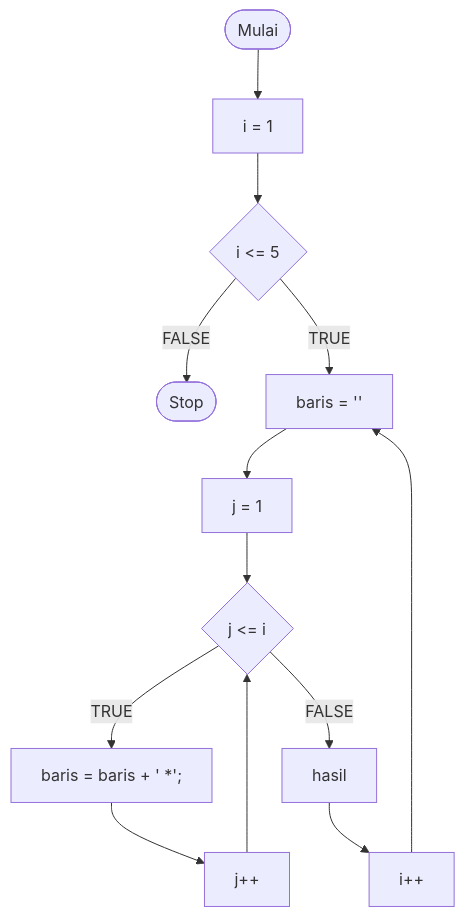
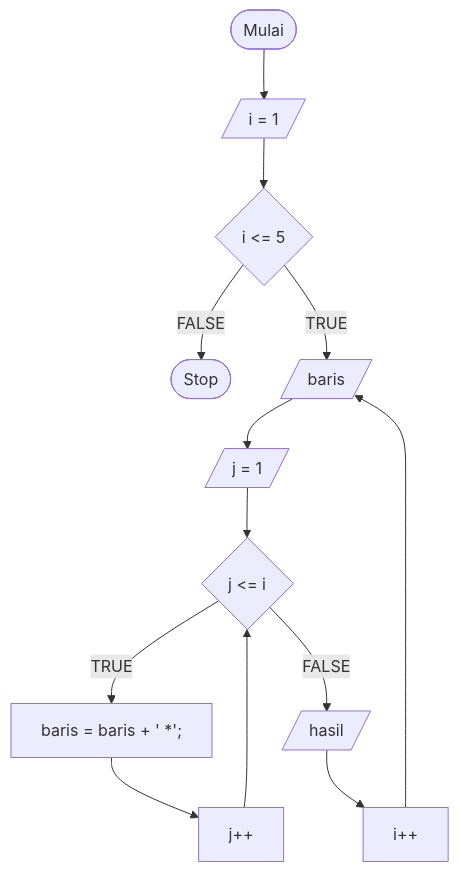
One commit to whyu07/koda-b10-javascript3 changed the second of 2 diagrams in README.md. Above: the diagram before and after it, drawn with Mermaid. The commit also changed other lines of this file, not shown here.

Commit message:
Update flowchart syntax in README.md

````diff
--- a/README.md
+++ b/README.md
@@ -19,15 +19,15 @@
 ```mermaid
 flowchart TD
-    A([Mulai]) --> B[i = 1]
+    A([Mulai]) --> B[/i = 1/]
     B --> C{i <= 5}
     C --> |FALSE| Z([Stop])
-    C --> |TRUE| D[baris = '']
-    D --> E[j = 1]
+    C --> |TRUE| D[/baris/]
+    D --> E[/j = 1/]
     E --> F{j <= i}
     F --> |TRUE| G[ baris = baris + ' *';]
     G --> H[j++]
     H --> F
-    F --> |FALSE| J[hasil]
+    F --> |FALSE| J[/hasil/]
     J --> K[i++]
     K --> D
 ```
````
